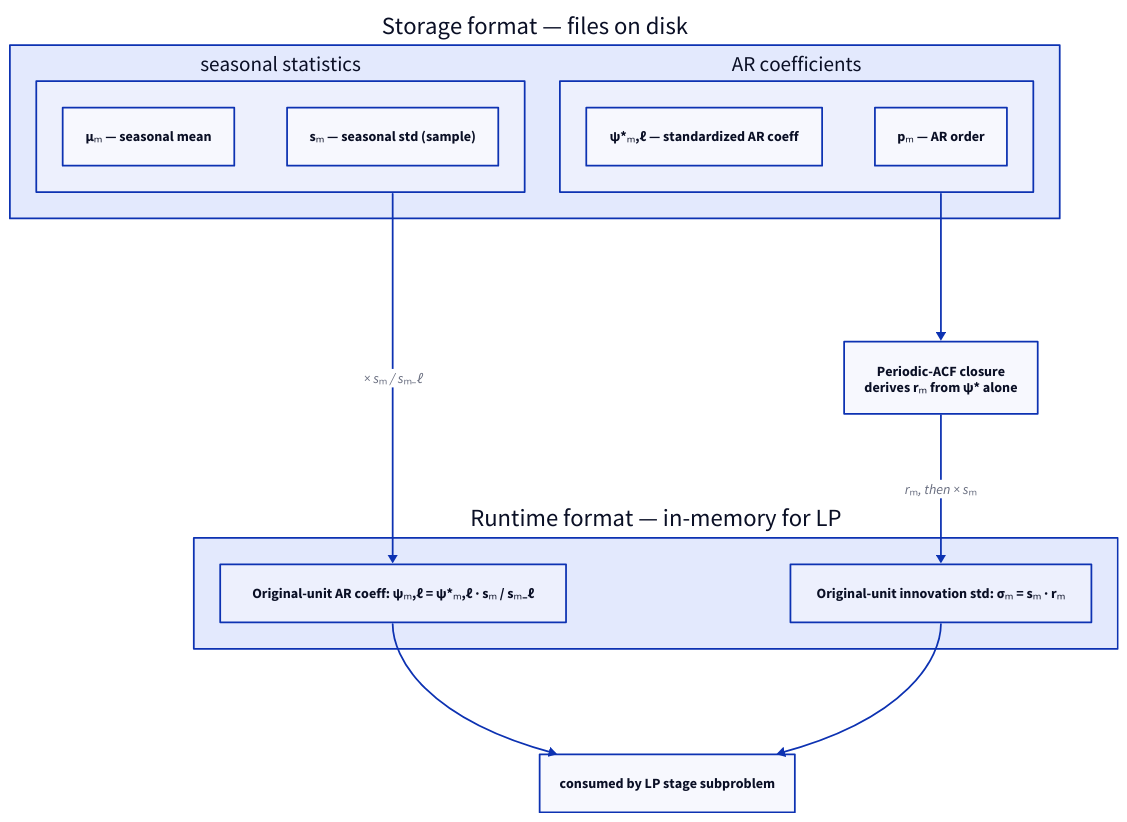
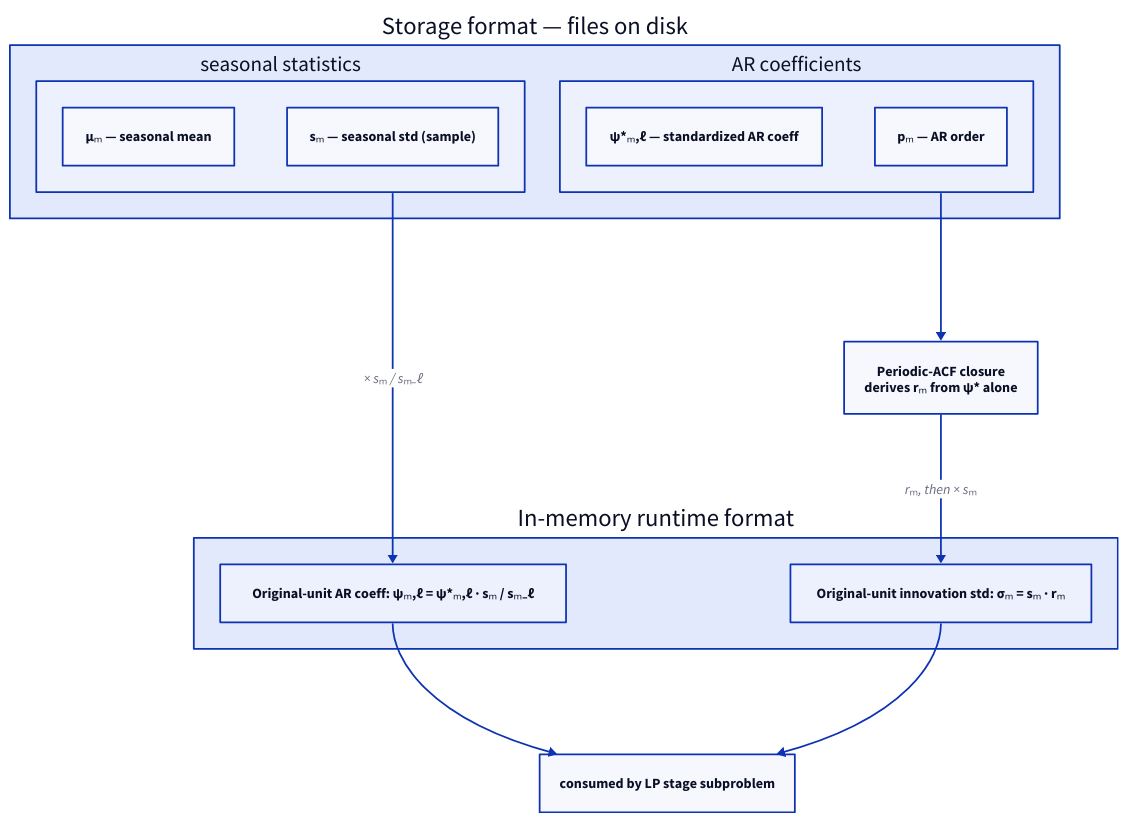
One commit to cobre-rs/cobre-docs changed the first of 2 diagrams in src/content/docs/math/par-inflow-model.mdx. Above: the diagram before and after it, drawn with D2. The commit also changed 14 other files, not shown here.

````diff
--- a/src/content/docs/math/par-inflow-model.mdx
+++ b/src/content/docs/math/par-inflow-model.mdx
@@ -70,29 +70,29 @@
 ```d2
 direction: down
 
 storage: "Storage format — files on disk" {
   stats: "seasonal statistics" {
     f1: "μₘ  —  seasonal mean"
     f2: "sₘ  —  seasonal std (sample)"
   }
   arcoef: "AR coefficients" {
     f1: "ψ*ₘ,ℓ  —  standardized AR coeff"
     f2: "pₘ  —  AR order"
   }
 }
 
 closure: "Periodic-ACF closure\nderives rₘ from ψ* alone"
 
-runtime: "Runtime format — in-memory for LP" {
+runtime: "In-memory runtime format" {
   psi: "Original-unit AR coeff:  ψₘ,ℓ = ψ*ₘ,ℓ · sₘ / sₘ₋ℓ"
   sigma: "Original-unit innovation std:  σₘ = sₘ · rₘ"
 }
 
 lp: "consumed by LP stage subproblem"
 
 storage.stats -> runtime.psi: "× sₘ / sₘ₋ℓ"
 storage.arcoef -> closure
 closure -> runtime.sigma: "rₘ, then × sₘ"
 runtime.psi -> lp
 runtime.sigma -> lp
 ```
````
